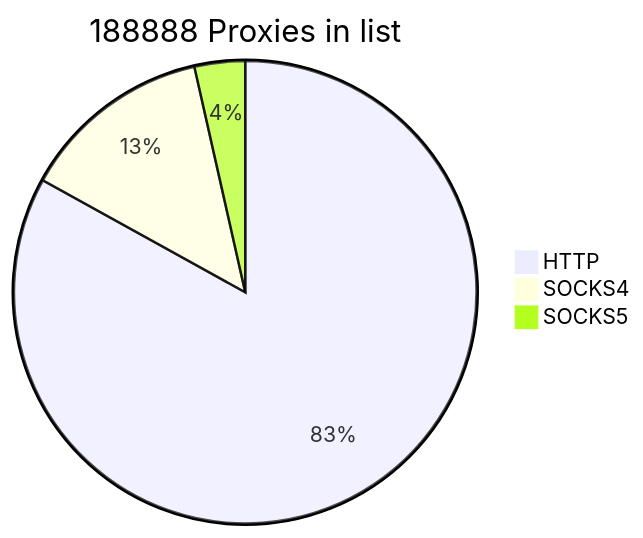
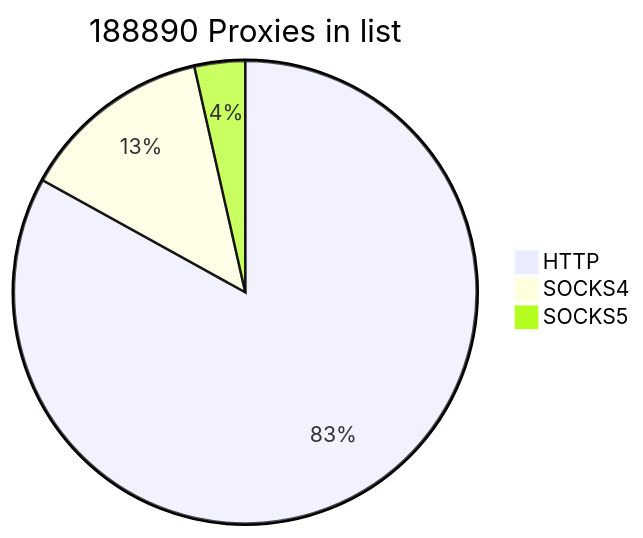
One commit to cutipu/proxylist changed the first of 2 diagrams in README.md. Above: the diagram before and after it, drawn with Mermaid. The commit also changed other lines of this file, not shown here.

````diff
--- a/README.md
+++ b/README.md
@@ -2,7 +2,7 @@
 ```mermaid
-pie title 188888 Proxies in list
+pie title 188890 Proxies in list
     "HTTP" : 156851
     "SOCKS4" : 25367
-    "SOCKS5" : 6670
+    "SOCKS5" : 6672
             
 ```
````
